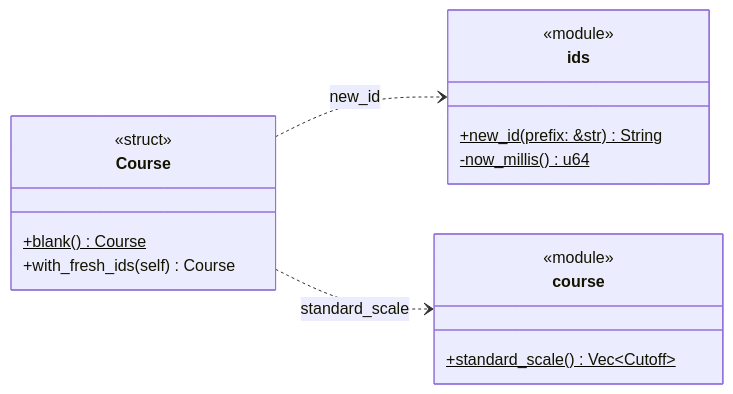
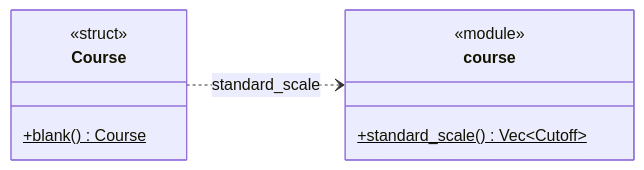
One commit to Patman1O1/grade-calculator changed the fifth of 9 diagrams in docs/uml.md. Above: the diagram before and after it, drawn with Mermaid. The commit also changed other lines of this file and 21 other files, not shown here.

````diff
--- a/docs/uml.md
+++ b/docs/uml.md
@@ -229,20 +224,13 @@
 ```mermaid
 classDiagram
   direction LR
-  class ids {
-    <<module>>
-    +new_id(prefix: &str)$ String
-    -now_millis()$ u64
-  }
   class Course {
     <<struct>>
     +blank()$ Course
-    +with_fresh_ids(self) Course
   }
   class course {
     <<module>>
     +standard_scale()$ Vec~Cutoff~
   }
-  Course ..> ids : new_id
   Course ..> course : standard_scale
 ```
````
